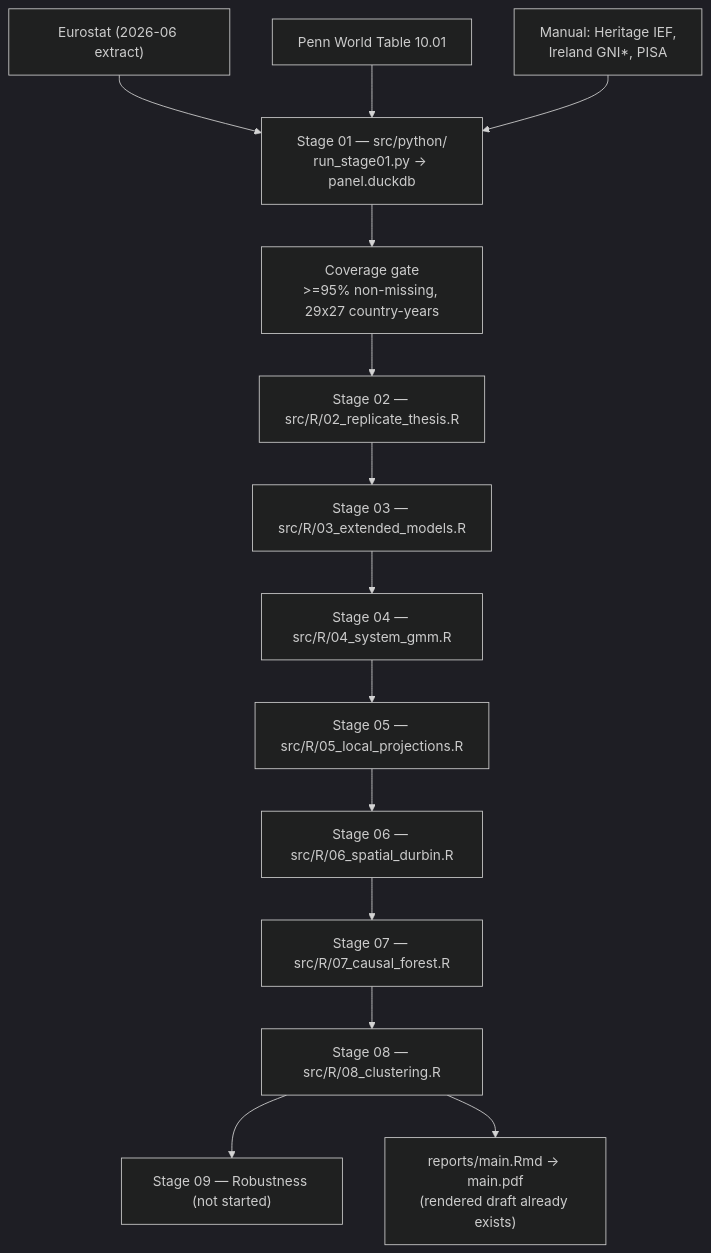
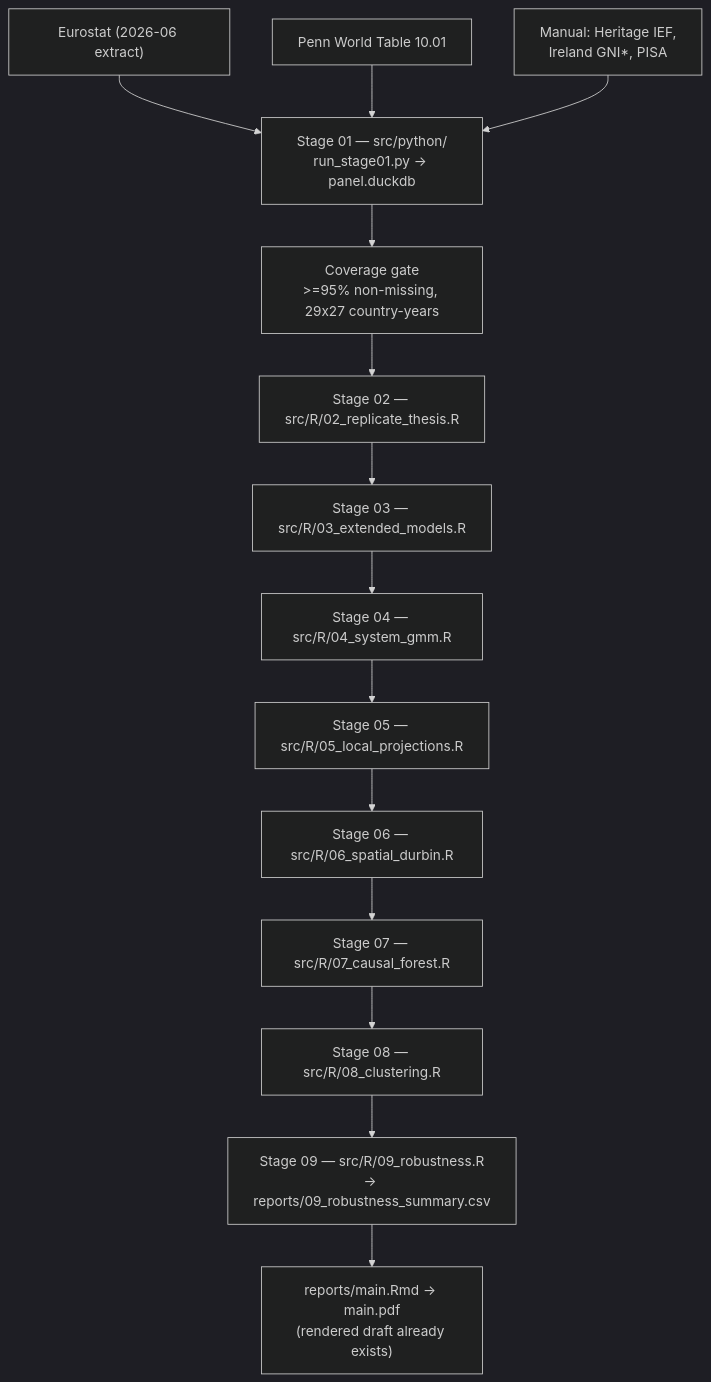
One commit to andrm101/rd-productivity-eu changed the diagram in README.md. Above: the diagram before and after it, drawn with Mermaid (dark theme). The commit also changed other lines of this file and 2 other files, not shown here.

````diff
--- a/README.md
+++ b/README.md
@@ -23,16 +23,16 @@
 ```mermaid
 flowchart TD
     Eurostat["Eurostat (2026-06 extract)"] --> S01["Stage 01 — src/python/<br/>run_stage01.py -> panel.duckdb"]
     PWT["Penn World Table 10.01"] --> S01
     Manual["Manual: Heritage IEF,<br/>Ireland GNI*, PISA"] --> S01
     S01 --> Gate["Coverage gate<br/>>=95% non-missing, 29x27 country-years"]
     Gate --> S02["Stage 02 — src/R/02_replicate_thesis.R"]
     S02 --> S03["Stage 03 — src/R/03_extended_models.R"]
     S03 --> S04["Stage 04 — src/R/04_system_gmm.R"]
     S04 --> S05["Stage 05 — src/R/05_local_projections.R"]
     S05 --> S06["Stage 06 — src/R/06_spatial_durbin.R"]
     S06 --> S07["Stage 07 — src/R/07_causal_forest.R"]
     S07 --> S08["Stage 08 — src/R/08_clustering.R"]
-    S08 --> S09["Stage 09 — Robustness (not started)"]
-    S08 --> Draft["reports/main.Rmd -> main.pdf<br/>(rendered draft already exists)"]
+    S08 --> S09["Stage 09 — src/R/09_robustness.R<br/>-> reports/09_robustness_summary.csv"]
+    S09 --> Draft["reports/main.Rmd -> main.pdf<br/>(rendered draft already exists)"]
 ```
````
